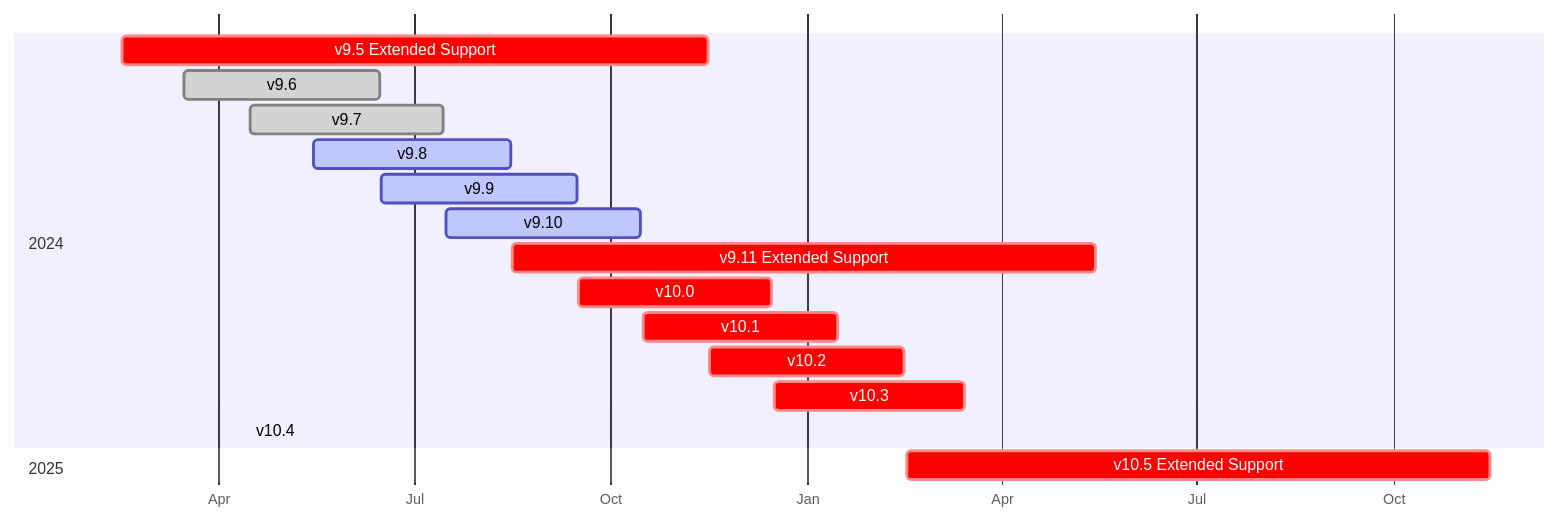
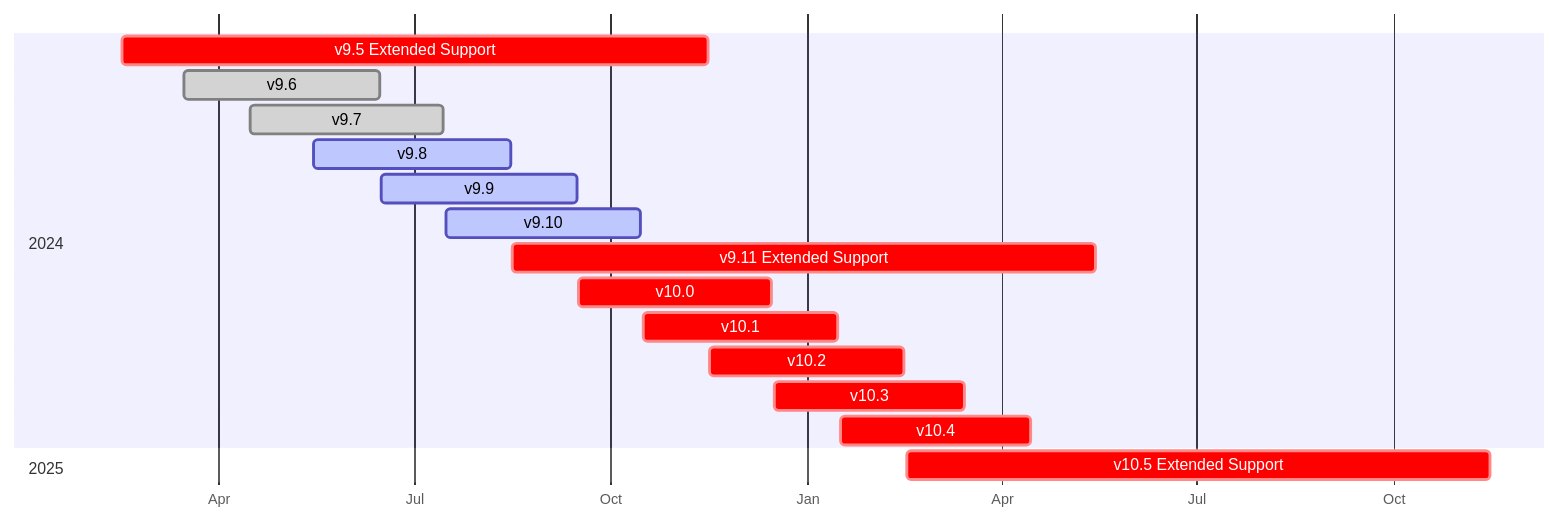
The diagram in source/about/release-policy.md (mattermost/docs), drawn with Mermaid before and after one commit.

````diff
--- a/source/about/release-policy.md
+++ b/source/about/release-policy.md
@@ -48,23 +48,23 @@
 ```{mermaid}
 
 gantt
     dateFormat  YYYY-MM-DD
     axisFormat  %b
     
     section 2024
     v9.5 Extended Support  :crit,    2024-02-16, 2024-11-15
     v9.6                   :done,  2024-03-16, 2024-06-15
     v9.7                   :done,  2024-04-16, 2024-07-15
     v9.8                   :active,  2024-05-15, 2024-08-15
     v9.9                   :active,  2024-06-16, 2024-09-15
     v9.10                  :active,  2024-07-16, 2024-10-15
     v9.11 Extended Support :crit,    2024-08-16, 2025-05-15
     v10.0                  :crit,    2024-09-16, 2024-12-15
     v10.1                  :crit,    2024-10-16, 2025-01-15
     v10.2                  :crit,    2024-11-16, 2025-02-15
     v10.3                  :crit,    2024-12-16, 2025-03-15
-    v10.4                  :crit,    2025-01-16, 2024-04-15
+    v10.4                  :crit,    2025-01-16, 2025-04-15
 
     section 2025
     v10.5 Extended Support :crit,    2025-02-16, 2025-11-15
 ```
````
